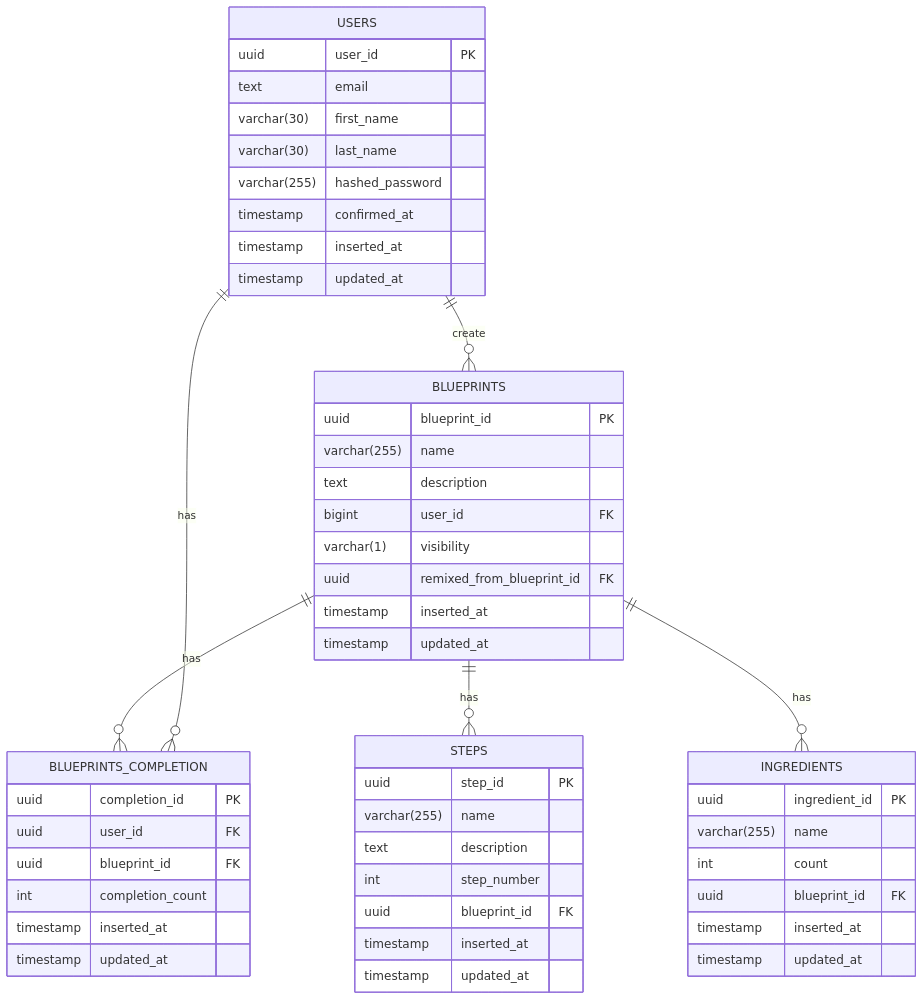
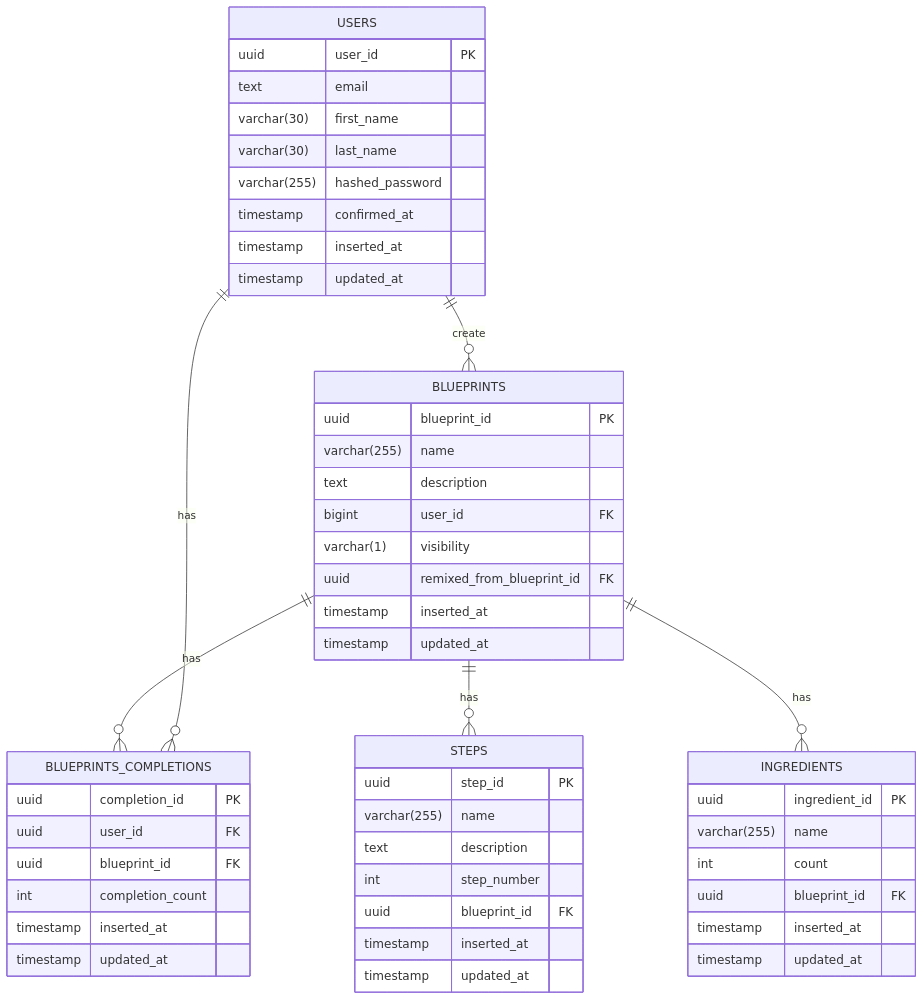
The diagram in README.md (m4hi2/taskchecklist), drawn with Mermaid before and after one commit.

Commit message:
docs: make blueprints_completions plural

````diff
--- a/README.md
+++ b/README.md
@@ -14,53 +14,53 @@
 ```mermaid
 erDiagram
     USERS ||--o{ BLUEPRINTS : create
     USERS {
         uuid user_id PK
         text email
         varchar(30) first_name
         varchar(30) last_name
         varchar(255) hashed_password
         timestamp confirmed_at
         timestamp inserted_at
         timestamp updated_at
     }
     BLUEPRINTS {
       uuid blueprint_id PK
       varchar(255) name
       text description
       bigint user_id FK
       varchar(1) visibility
       uuid remixed_from_blueprint_id FK
       timestamp inserted_at
       timestamp updated_at
     }
-    BLUEPRINTS ||--o{ BLUEPRINTS_COMPLETION : has
-    USERS ||--o{ BLUEPRINTS_COMPLETION : has
-    BLUEPRINTS_COMPLETION {
+    BLUEPRINTS ||--o{ BLUEPRINTS_COMPLETIONS : has
+    USERS ||--o{ BLUEPRINTS_COMPLETIONS : has
+    BLUEPRINTS_COMPLETIONS {
         uuid completion_id PK
         uuid user_id FK
         uuid blueprint_id FK 
         int completion_count
         timestamp inserted_at
         timestamp updated_at
     }
     BLUEPRINTS ||--o{ STEPS : has
     STEPS {
         uuid step_id PK
         varchar(255) name
         text description
         int step_number
         uuid blueprint_id FK
         timestamp inserted_at
         timestamp updated_at
     }
     BLUEPRINTS ||--o{ INGREDIENTS : has
     INGREDIENTS {
         uuid ingredient_id PK
         varchar(255) name
         int count
         uuid blueprint_id FK
         timestamp inserted_at
         timestamp updated_at
     }
 ```
````
